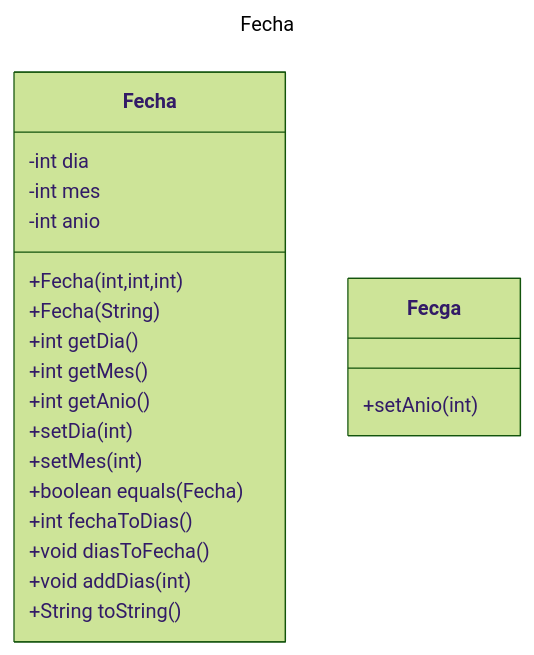
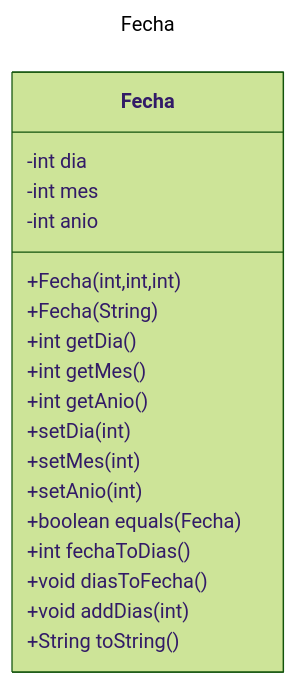
One commit to CLA-PRA/GHUB.java.EJ.TAD.LourdesArmenta changed the fifth of 11 diagrams in README.md. Above: the diagram before and after it, drawn with Mermaid (forest theme). The commit also changed other lines of this file and 16 other files, not shown here.

````diff
--- a/README.md
+++ b/README.md
@@ -97,24 +98,24 @@
 ```mermaid
 ---
 title: Fecha
 ---
 classDiagram
       class Fecha
       Fecha: -int dia
       Fecha: -int mes
       Fecha: -int anio
       Fecha: +Fecha(int,int,int)
       Fecha: +Fecha(String)
       Fecha: +int getDia()
       Fecha: +int getMes()
       Fecha: +int getAnio()
       Fecha: +setDia(int)
       Fecha: +setMes(int)
-      Fecga: +setAnio(int)
+      Fecha: +setAnio(int)
       Fecha: +boolean equals(Fecha)
       Fecha: +int fechaToDias()
       Fecha: +void diasToFecha()
       Fecha: +void addDias(int)
       Fecha: +String toString()
       
 ```
````
